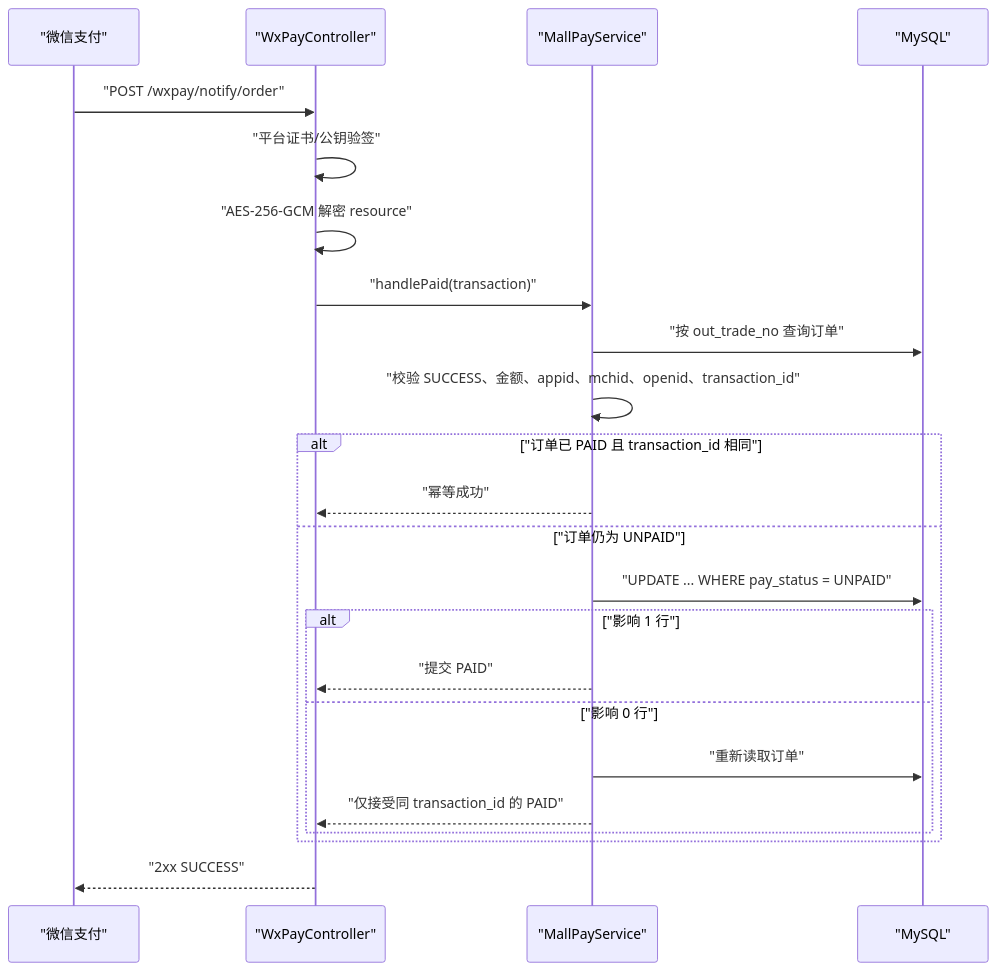
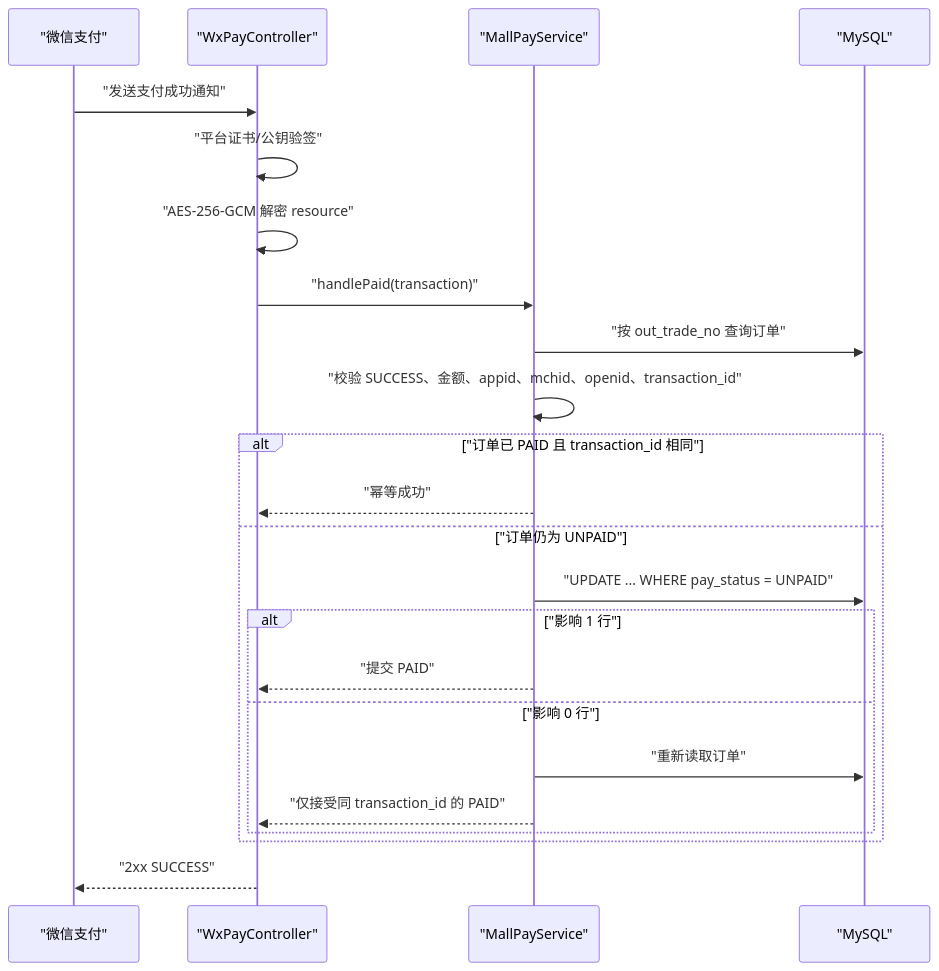
One commit to roydonGuo/BlogRoydonFun changed the fourth of 7 diagrams in docs/posts/mall-system-order-payment-engineering.md. Above: the diagram before and after it, drawn with Mermaid. The commit also changed other lines of this file, not shown here.

````diff
--- a/docs/posts/mall-system-order-payment-engineering.md
+++ b/docs/posts/mall-system-order-payment-engineering.md
@@ -296,26 +272,26 @@
 ```mermaid
 sequenceDiagram
     participant WX as "微信支付"
     participant C as "WxPayController"
     participant S as "MallPayService"
     participant DB as "MySQL"
 
-    WX->>C: "POST /wxpay/notify/order"
+    WX->>C: "发送支付成功通知"
     C->>C: "平台证书/公钥验签"
     C->>C: "AES-256-GCM 解密 resource"
     C->>S: "handlePaid(transaction)"
     S->>DB: "按 out_trade_no 查询订单"
     S->>S: "校验 SUCCESS、金额、appid、mchid、openid、transaction_id"
     alt "订单已 PAID 且 transaction_id 相同"
         S-->>C: "幂等成功"
     else "订单仍为 UNPAID"
         S->>DB: "UPDATE ... WHERE pay_status = UNPAID"
         alt "影响 1 行"
             S-->>C: "提交 PAID"
         else "影响 0 行"
             S->>DB: "重新读取订单"
             S-->>C: "仅接受同 transaction_id 的 PAID"
         end
     end
     C-->>WX: "2xx SUCCESS"
 ```
````
